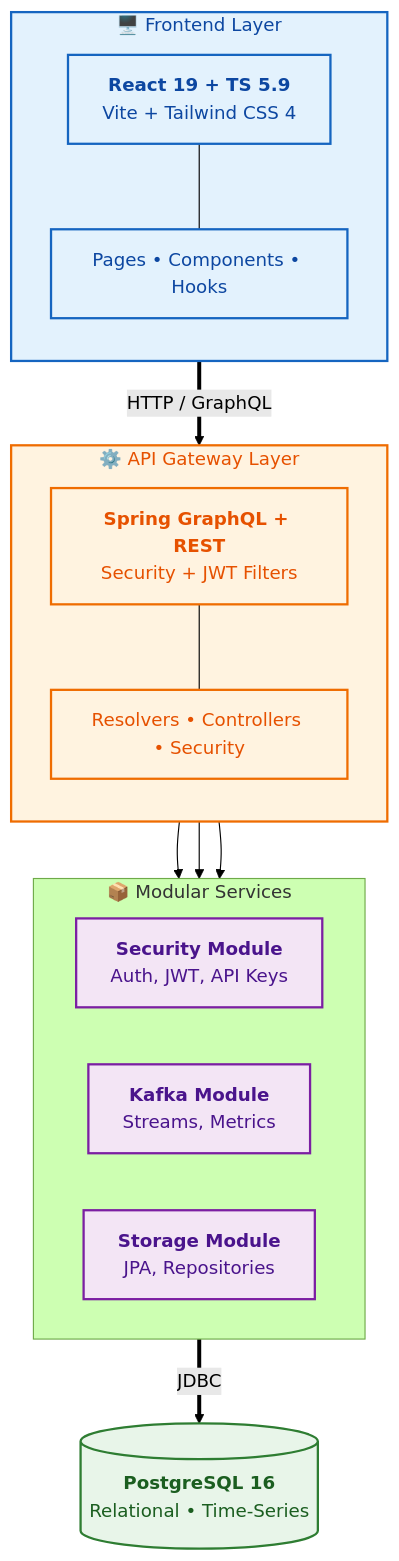
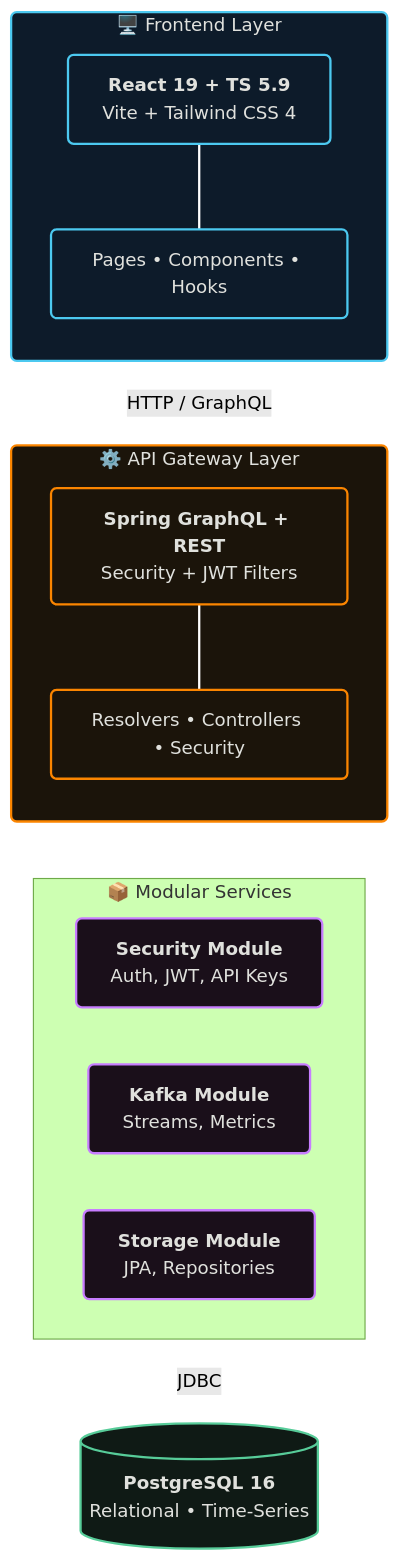
Before and after one commit to night-slayer18/brokr-platform: the diagram in README.md, drawn with Mermaid (forest theme).

Commit message:
Add dark mode styling definitions to README
Updated Mermaid diagram styling for dark mode.

````diff
--- a/README.md
+++ b/README.md
@@ -199,47 +199,49 @@
 ```mermaid
 graph TD
-    %% --- STYLING DEFINITIONS ---
-    classDef fe fill:#e3f2fd,stroke:#1565c0,stroke-width:2px,color:#0d47a1
-    classDef api fill:#fff3e0,stroke:#ef6c00,stroke-width:2px,color:#e65100
-    classDef mod fill:#f3e5f5,stroke:#7b1fa2,stroke-width:2px,color:#4a148c
-    classDef db fill:#e8f5e9,stroke:#2e7d32,stroke-width:2px,color:#1b5e20
+    %% --- DARK MODE STYLING DEFINITIONS ---
+    %% Dark fills with bright, high-contrast borders and light text
+    classDef fe fill:#0d1b2a,stroke:#4cc9f0,stroke-width:2px,color:#e0e1dd,rx:5,ry:5
+    classDef api fill:#1b140a,stroke:#fb8500,stroke-width:2px,color:#e0e1dd,rx:5,ry:5
+    classDef mod fill:#1a0f1a,stroke:#c77dff,stroke-width:2px,color:#e0e1dd,rx:5,ry:5
+    classDef db fill:#0f1a15,stroke:#57cc99,stroke-width:2px,color:#e0e1dd
     
     %% --- NODES & SUBGRAPHS ---
     
     subgraph FE_Layer [ 🖥️ Frontend Layer ]
         direction TB
         FE_Tech[<b>React 19 + TS 5.9</b><br/>Vite + Tailwind CSS 4]
         FE_Arch[Pages • Components • Hooks]
         FE_Tech --- FE_Arch
     end
 
     subgraph API_Layer [ ⚙️ API Gateway Layer ]
         direction TB
         API_Tech[<b>Spring GraphQL + REST</b><br/>Security + JWT Filters]
         API_Arch[Resolvers • Controllers • Security]
         API_Tech --- API_Arch
     end
 
     subgraph Modules [ 📦 Modular Services ]
         direction LR
         SEC[<b>Security Module</b><br/>Auth, JWT, API Keys]
         KAF[<b>Kafka Module</b><br/>Streams, Metrics]
         STO[<b>Storage Module</b><br/>JPA, Repositories]
     end
 
     Database[(<b>PostgreSQL 16</b><br/>Relational • Time-Series)]
 
-    %% --- CONNECTIONS ---
-    
+    %% --- CONNECTIONS (Bright White for contrast) ---
+    linkStyle default stroke:#ffffff,stroke-width:2px,fill:none;
+
     FE_Layer == HTTP / GraphQL ==> API_Layer
     API_Layer --> SEC
     API_Layer --> KAF
     API_Layer --> STO
     STO == JDBC ==> Database
 
     %% --- APPLY STYLES ---
     class FE_Layer,FE_Tech,FE_Arch fe
     class API_Layer,API_Tech,API_Arch api
     class SEC,KAF,STO mod
     class Database db
 ```
````
